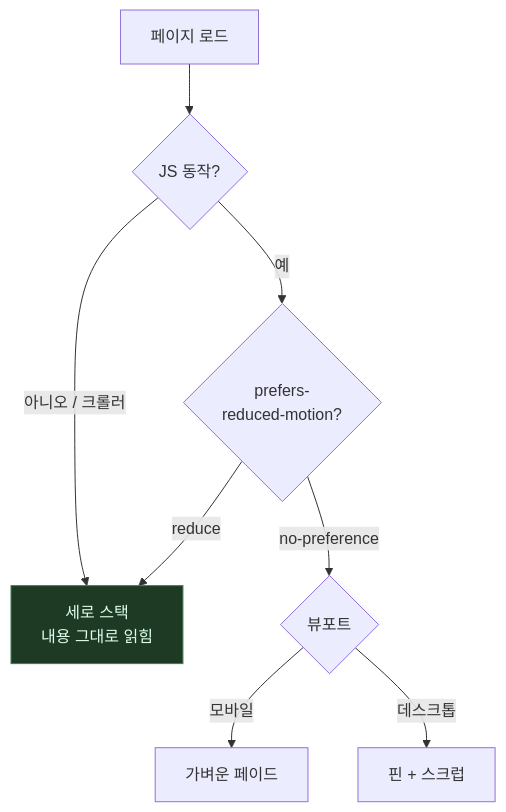
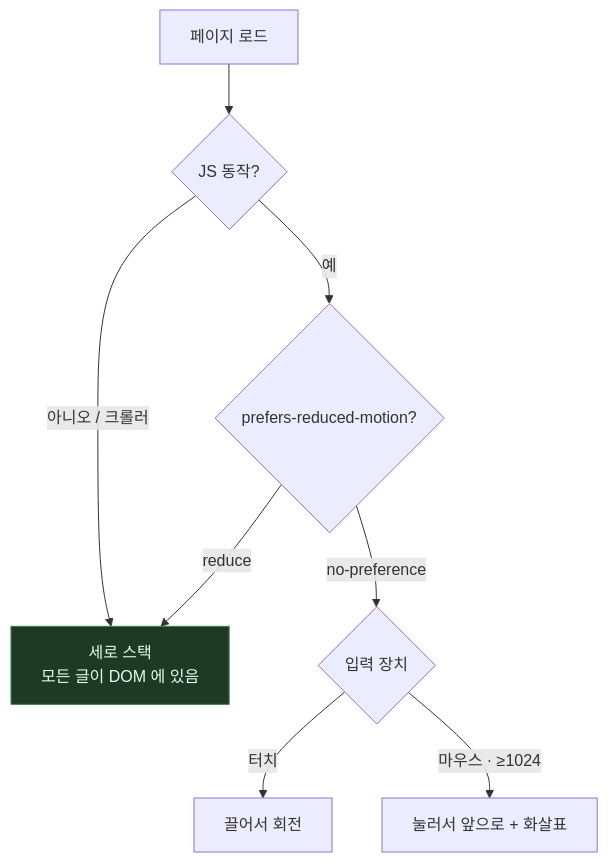
Before and after one commit to gymleco/.github: the second of 3 diagrams in docs/04-screens.md, drawn with Mermaid. The commit also changed other lines of this file, not shown here.

````diff
--- a/docs/04-screens.md
+++ b/docs/04-screens.md
@@ -180,13 +283,13 @@
 ```mermaid
 flowchart TD
     START["페이지 로드"] --> JS{"JS 동작?"}
-    JS -->|"아니오 / 크롤러"| STATIC["세로 스택<br/>내용 그대로 읽힘"]
-    JS -->|"예"| RM{"prefers-<br/>reduced-motion?"}
+    JS -->|"아니오 / 크롤러"| STATIC["세로 스택<br/>모든 글이 DOM 에 있음"]
+    JS -->|"예"| RM{"prefers-reduced-motion?"}
     RM -->|"reduce"| STATIC
-    RM -->|"no-preference"| MQ{"뷰포트"}
-    MQ -->|"모바일"| FADE["가벼운 페이드"]
-    MQ -->|"데스크톱"| PIN["핀 + 스크럽"]
+    RM -->|"no-preference"| MQ{"입력 장치"}
+    MQ -->|"터치"| DRAG["끌어서 회전"]
+    MQ -->|"마우스 · ≥1024"| CLICK["눌러서 앞으로 + 화살표"]
 
     classDef safe fill:#1f3a24,stroke:#3f7d4c,color:#dfe
     class STATIC safe
 ```
````
